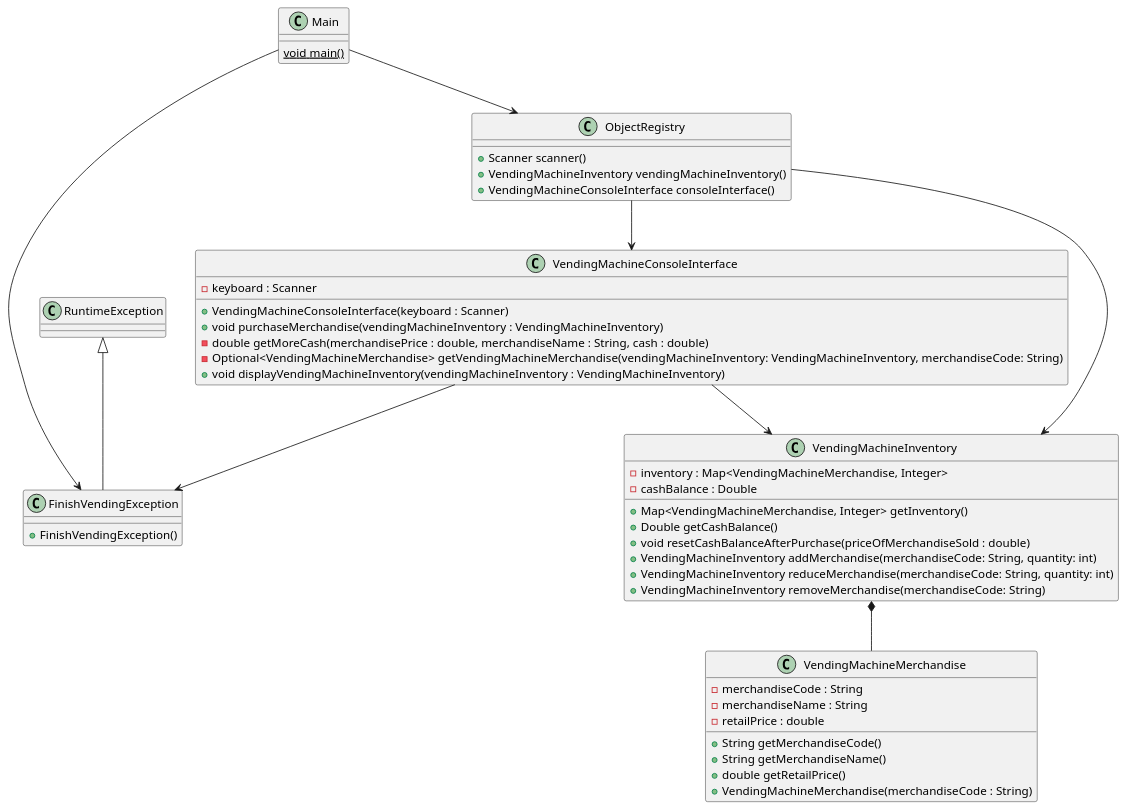
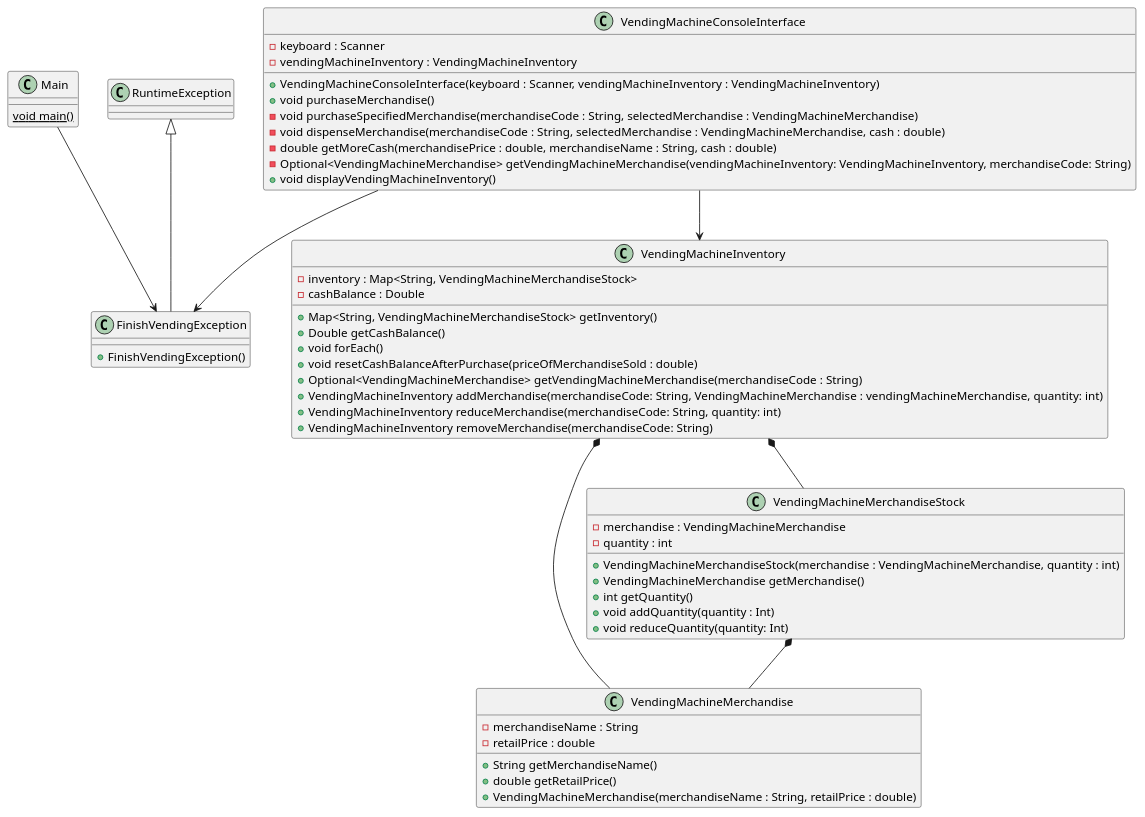
The diagram in vendingmachine/vendingmachine.pu (thien-truong/practice-problems-java), drawn with PlantUML before and after one commit. The commit also changed 1 other file, not shown here.

Commit message:
Modified plantuml file.

```diff
--- a/vendingmachine/vendingmachine.pu
+++ b/vendingmachine/vendingmachine.pu
@@ -1,63 +1,68 @@
 @startuml
 
 class Main {
 	{static} void main()
 }
 
 class FinishVendingException {
 	+FinishVendingException()
 }
 
-class ObjectRegistry {
-	+Scanner scanner()
-	+VendingMachineInventory vendingMachineInventory()
-	+VendingMachineConsoleInterface consoleInterface()
-}
-
 class VendingMachineConsoleInterface {
 	-keyboard : Scanner
-	+VendingMachineConsoleInterface(keyboard : Scanner)
-	+void purchaseMerchandise(vendingMachineInventory : VendingMachineInventory)
+	-vendingMachineInventory : VendingMachineInventory
+	+VendingMachineConsoleInterface(keyboard : Scanner, vendingMachineInventory : VendingMachineInventory)
+	+void purchaseMerchandise()
+	-void purchaseSpecifiedMerchandise(merchandiseCode : String, selectedMerchandise : VendingMachineMerchandise)
+	-void dispenseMerchandise(merchandiseCode : String, selectedMerchandise : VendingMachineMerchandise, cash : double)
 	-double getMoreCash(merchandisePrice : double, merchandiseName : String, cash : double)
 	-Optional<VendingMachineMerchandise> getVendingMachineMerchandise(vendingMachineInventory: VendingMachineInventory, merchandiseCode: String)
-	+void displayVendingMachineInventory(vendingMachineInventory : VendingMachineInventory)
+	+void displayVendingMachineInventory()
 }
 
 class VendingMachineInventory {
-	-inventory : Map<VendingMachineMerchandise, Integer>
+	-inventory : Map<String, VendingMachineMerchandiseStock>
 	-cashBalance : Double
-	+Map<VendingMachineMerchandise, Integer> getInventory()
+	+Map<String, VendingMachineMerchandiseStock> getInventory()
 	+Double getCashBalance()
+	+void forEach()
 	+void resetCashBalanceAfterPurchase(priceOfMerchandiseSold : double)
-	+VendingMachineInventory addMerchandise(merchandiseCode: String, quantity: int)
+	+Optional<VendingMachineMerchandise> getVendingMachineMerchandise(merchandiseCode : String)
+	+VendingMachineInventory addMerchandise(merchandiseCode: String, VendingMachineMerchandise : vendingMachineMerchandise, quantity: int)
 	+VendingMachineInventory reduceMerchandise(merchandiseCode: String, quantity: int)
 	+VendingMachineInventory removeMerchandise(merchandiseCode: String)
 }
 
 class VendingMachineMerchandise {
-	-merchandiseCode : String
 	-merchandiseName : String
 	-retailPrice : double
-	+String getMerchandiseCode()
 	+String getMerchandiseName()
 	+double getRetailPrice()
-	+VendingMachineMerchandise(merchandiseCode : String)
+	+VendingMachineMerchandise(merchandiseName : String, retailPrice : double)
+}
+
+class VendingMachineMerchandiseStock {
+	-merchandise : VendingMachineMerchandise
+	-quantity : int
+	+VendingMachineMerchandiseStock(merchandise : VendingMachineMerchandise, quantity : int)
+	+VendingMachineMerchandise getMerchandise()
+	+int getQuantity()
+	+void addQuantity(quantity : Int)
+	+void reduceQuantity(quantity: Int)
 }
 
 RuntimeException <|-- FinishVendingException
 
-ObjectRegistry --> VendingMachineConsoleInterface
+VendingMachineInventory *-- VendingMachineMerchandise
 
-ObjectRegistry --> VendingMachineInventory
+VendingMachineInventory *-- VendingMachineMerchandiseStock
 
-VendingMachineInventory *-- VendingMachineMerchandise
+VendingMachineMerchandiseStock *-- VendingMachineMerchandise
 
 VendingMachineConsoleInterface --> VendingMachineInventory
 
 VendingMachineConsoleInterface --> FinishVendingException
 
-Main --> ObjectRegistry
-
 Main --> FinishVendingException
 
 @enduml
```
